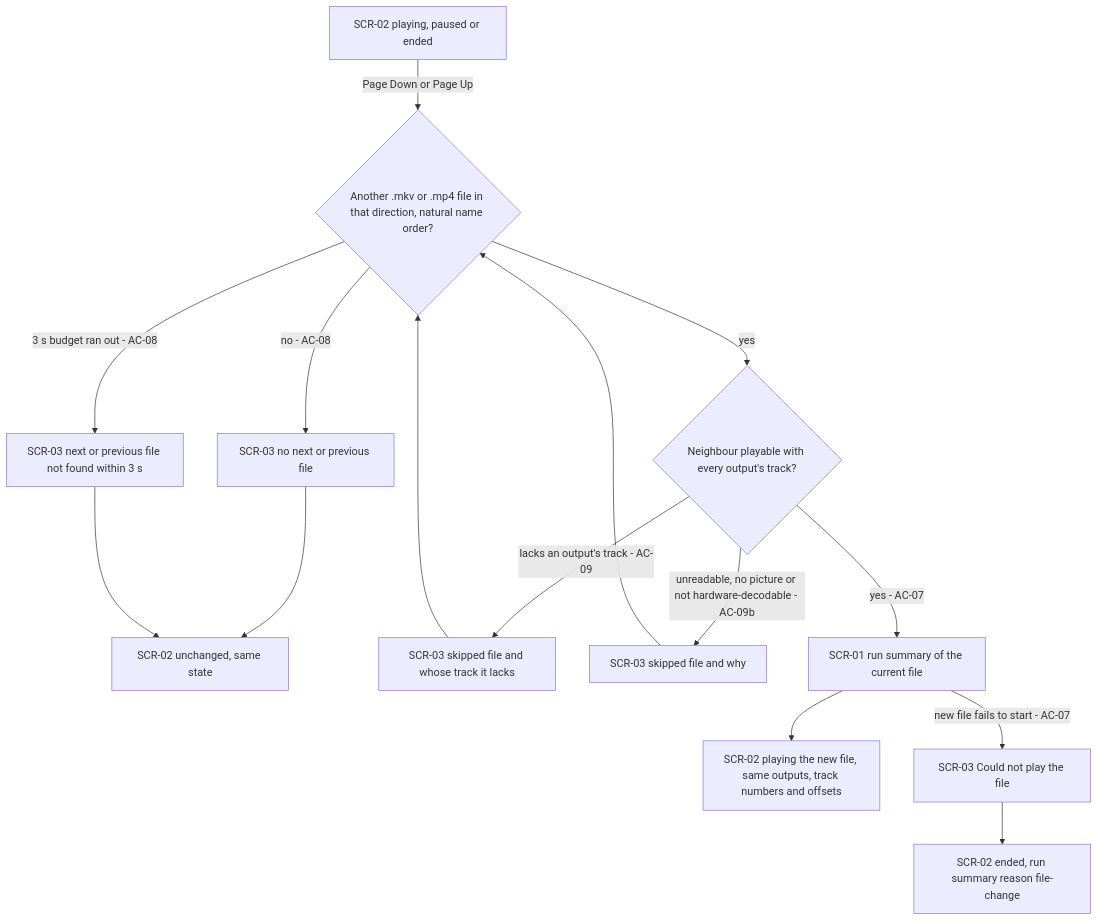
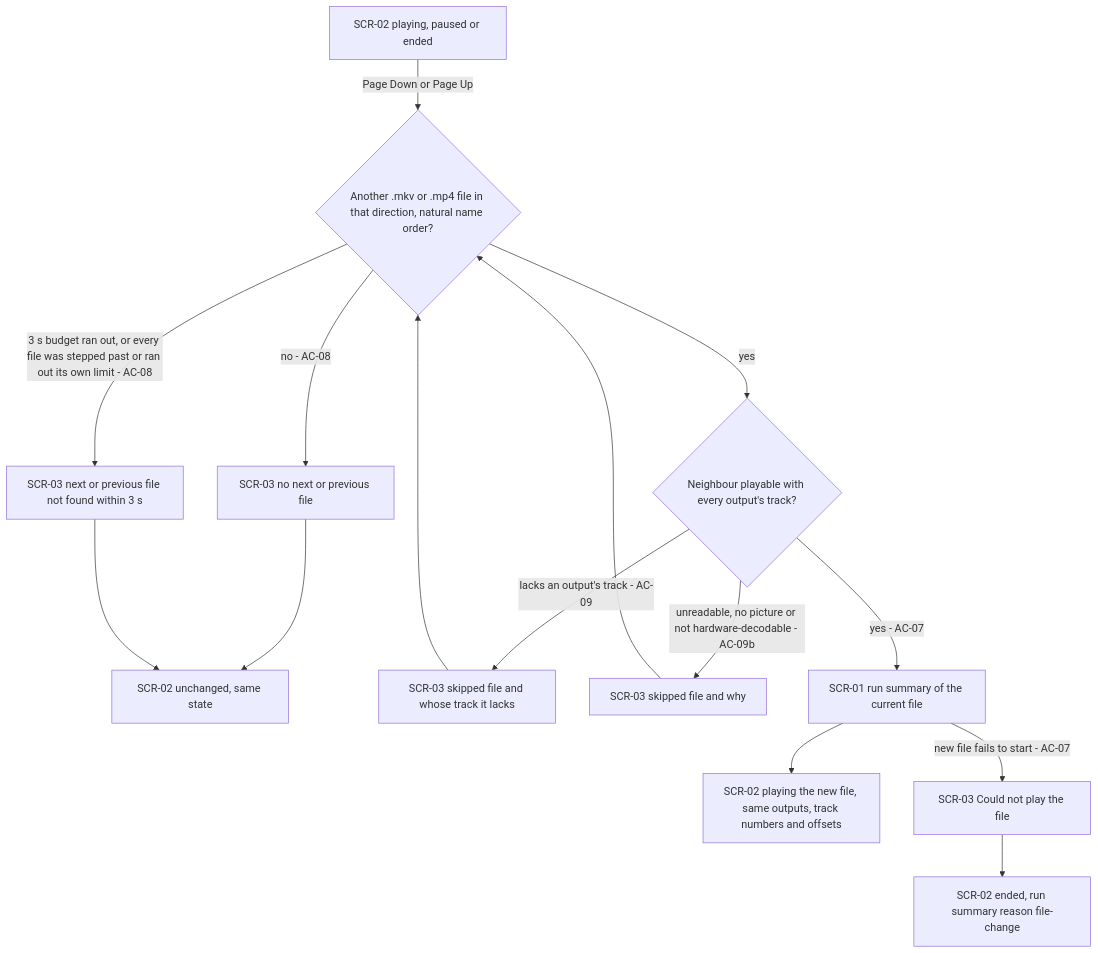
Before and after one commit to PulsarV/DualPlayer: the third of 5 diagrams in docs/features/lip-synced-video/ux-flows.md, drawn with Mermaid. The commit also changed other lines of this file and 10 other files, not shown here.

First line of the commit message:
implement: lip-synced-video T126 Bring spec, sad, ux-flows, screens, cli.md, the T23 guide and test-plan in step with the timeout rule, the recovery clock and the start failures with the window open

````diff
--- a/docs/features/lip-synced-video/ux-flows.md
+++ b/docs/features/lip-synced-video/ux-flows.md
@@ -86,17 +89,17 @@
 ```mermaid
 flowchart TD
     S["SCR-02 playing, paused or ended"] -->|"Page Down or Page Up"| N{"Another .mkv or .mp4 file in that direction, natural name order?"}
     N -->|"no - AC-08"| NO["SCR-03 no next or previous file"]
     NO --> SAME["SCR-02 unchanged, same state"]
-    N -->|"3 s budget ran out - AC-08"| TO["SCR-03 next or previous file not found within 3 s"]
+    N -->|"3 s budget ran out, or every file was stepped past or ran out its own limit - AC-08"| TO["SCR-03 next or previous file not found within 3 s"]
     TO --> SAME
     N -->|"yes"| C{"Neighbour playable with every output's track?"}
     C -->|"lacks an output's track - AC-09"| K1["SCR-03 skipped file and whose track it lacks"]
     C -->|"unreadable, no picture or not hardware-decodable - AC-09b"| K2["SCR-03 skipped file and why"]
     K1 --> N
     K2 --> N
     C -->|"yes - AC-07"| RS["SCR-01 run summary of the current file"]
     RS --> NEW["SCR-02 playing the new file, same outputs, track numbers and offsets"]
     RS -->|"new file fails to start - AC-07"| F["SCR-03 Could not play the file"]
     F --> END3["SCR-02 ended, run summary reason file-change"]
 ```
````
